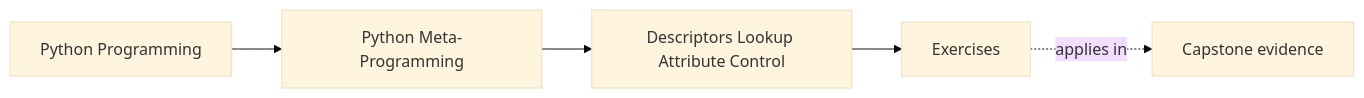
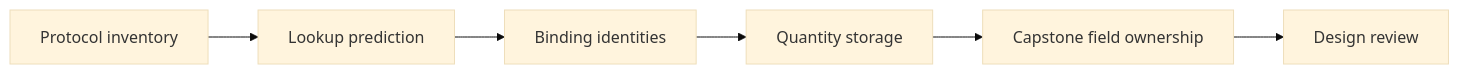
The diagram in programs/python-programming/python-meta-programming/course-book/module-07-descriptors-lookup-attribute-control/exercises.md (bijux/bijux-masterclass), drawn with Mermaid (base theme) before and after one commit. The commit also changed other lines of this file, not shown here.

Commit message:
docs(module-07): replace prompts with descriptor evidence studio

````diff
--- a/programs/python-programming/python-meta-programming/course-book/module-07-descriptors-lookup-attribute-control/exercises.md
+++ b/programs/python-programming/python-meta-programming/course-book/module-07-descriptors-lookup-attribute-control/exercises.md
@@ -7,11 +6,8 @@
 ```mermaid
-graph LR
-  family["Python Programming"]
-  program["Python Meta-Programming"]
-  section["Descriptors Lookup Attribute Control"]
-  page["Exercises"]
-  capstone["Capstone evidence"]
-
-  family --> program --> section --> page
-  page -.applies in.-> capstone
+flowchart LR
+  protocol["Protocol inventory"] --> precedence["Lookup prediction"]
+  precedence --> binding["Binding identities"]
+  binding --> storage["Quantity storage"]
+  storage --> capstone["Capstone field ownership"]
+  capstone --> review["Design review"]
 ```
````
